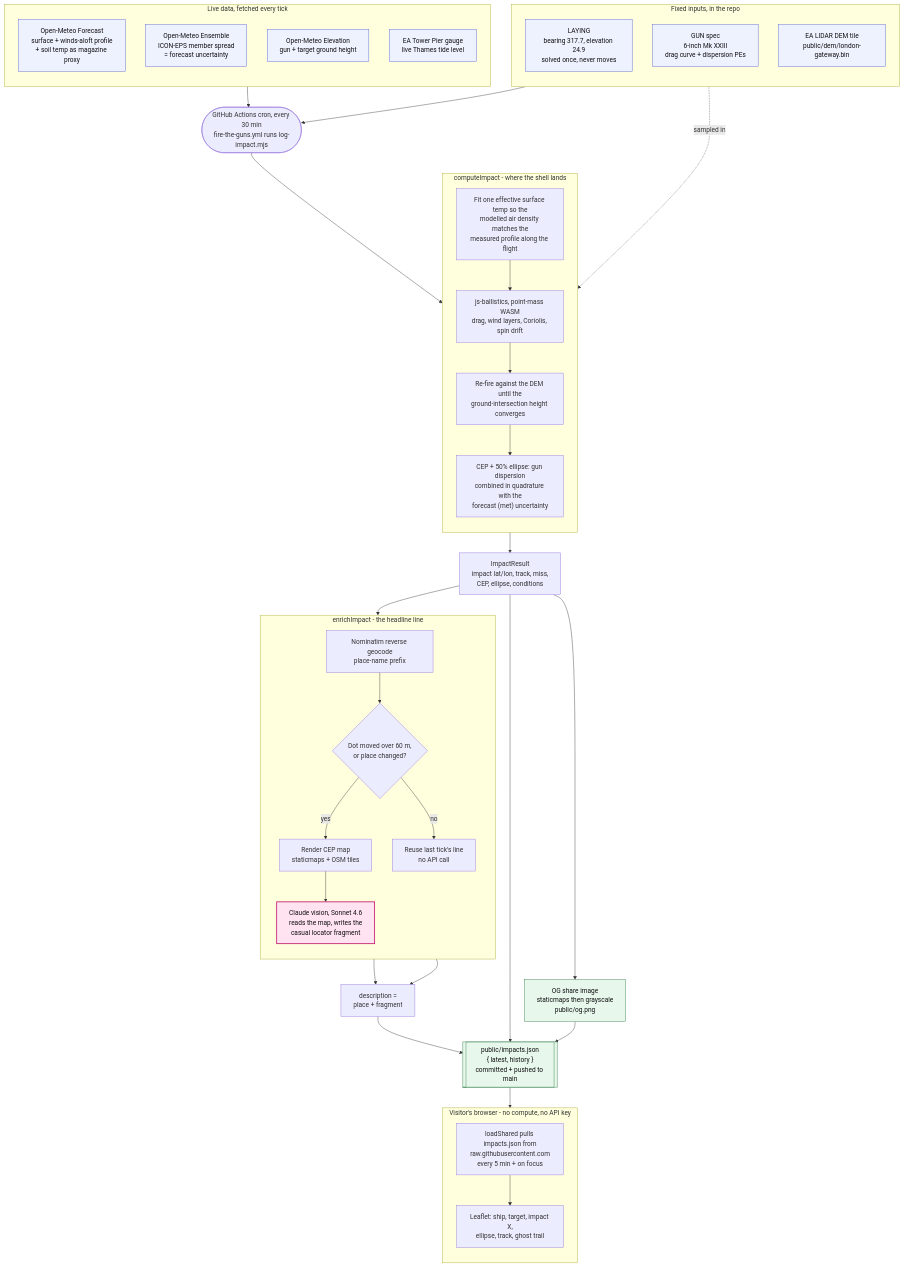
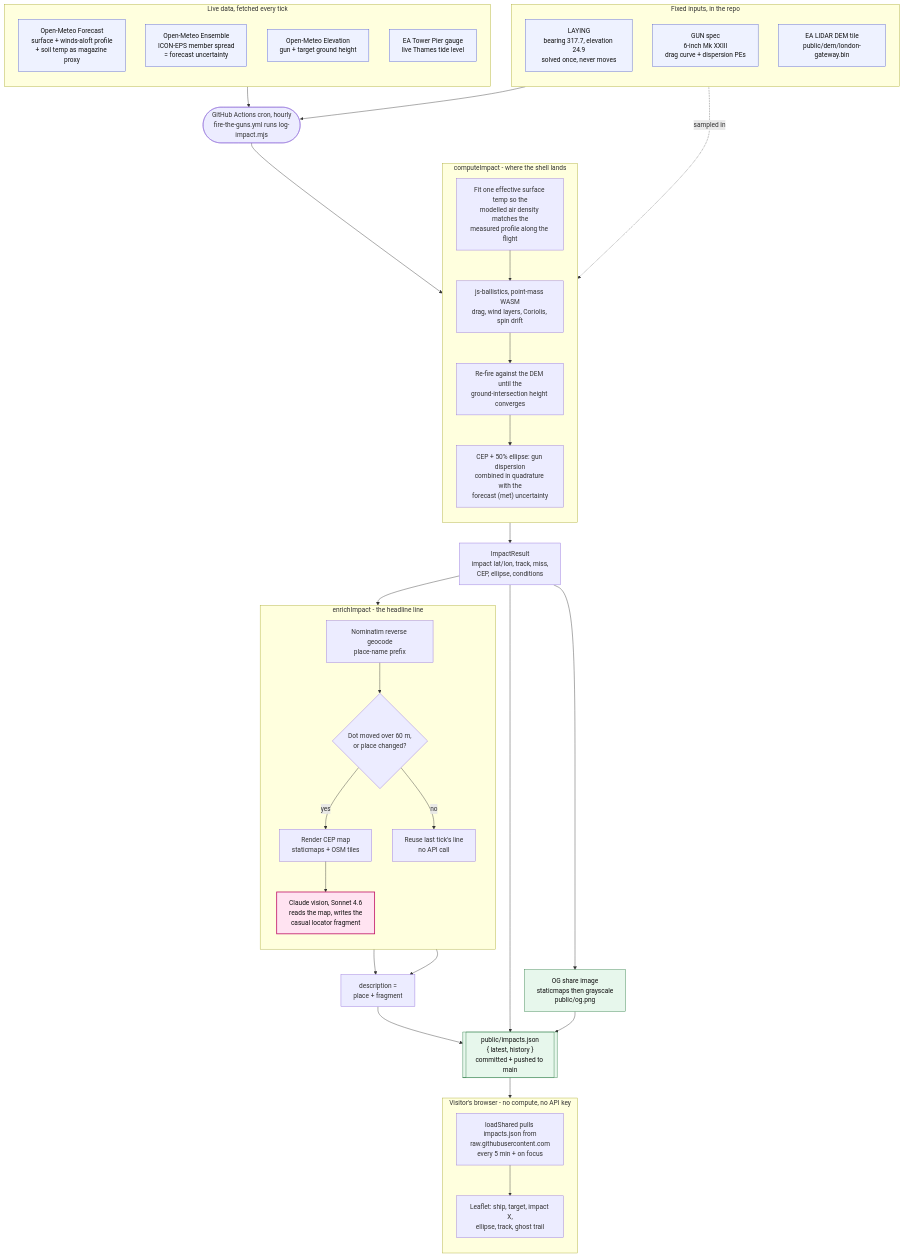
The second of 2 diagrams in README.md (SilentKinfolk/where-would-hms-belfast-hit), drawn with Mermaid before and after one commit. The commit also changed other lines of this file and 7 other files, not shown here.

````diff
--- a/README.md
+++ b/README.md
@@ -62,70 +62,70 @@
 ```mermaid
 flowchart TD
     subgraph SRC["Live data, fetched every tick"]
         direction TB
         WX["Open-Meteo Forecast<br/>surface + winds-aloft profile<br/>+ soil temp as magazine proxy"]
         ENS["Open-Meteo Ensemble<br/>ICON-EPS member spread<br/>= forecast uncertainty"]
         ELV["Open-Meteo Elevation<br/>gun + target ground height"]
         TIDE["EA Tower Pier gauge<br/>live Thames tide level"]
     end
 
     subgraph FIXED["Fixed inputs, in the repo"]
         direction TB
         LAY["LAYING<br/>bearing 317.7, elevation 24.9<br/>solved once, never moves"]
         GUNC["GUN spec<br/>6-inch Mk XXIII<br/>drag curve + dispersion PEs"]
         DEMT["EA LIDAR DEM tile<br/>public/dem/london-gateway.bin"]
     end
 
-    CRON(["GitHub Actions cron, every 30 min<br/>fire-the-guns.yml runs log-impact.mjs"])
+    CRON(["GitHub Actions cron, hourly<br/>fire-the-guns.yml runs log-impact.mjs"])
     SRC --> CRON
     FIXED --> CRON
 
     subgraph COMPUTE["computeImpact - where the shell lands"]
         direction TB
         FIT["Fit one effective surface temp so the<br/>modelled air density matches the<br/>measured profile along the flight"]
         ENGINE["js-ballistics, point-mass WASM<br/>drag, wind layers, Coriolis, spin drift"]
         LOOP["Re-fire against the DEM until the<br/>ground-intersection height converges"]
         DISP["CEP + 50% ellipse: gun dispersion<br/>combined in quadrature with the<br/>forecast (met) uncertainty"]
         FIT --> ENGINE --> LOOP --> DISP
     end
     CRON --> FIT
     DEMT -.->|sampled in| LOOP
 
     DISP --> RESULT["ImpactResult<br/>impact lat/lon, track, miss,<br/>CEP, ellipse, conditions"]
 
     subgraph ENRICH["enrichImpact - the headline line"]
         direction TB
         NOM["Nominatim reverse geocode<br/>place-name prefix"]
         GATE{"Dot moved over 60 m,<br/>or place changed?"}
         RENDER["Render CEP map<br/>staticmaps + OSM tiles"]
         CLAUDE["Claude vision, Sonnet 4.6<br/>reads the map, writes the<br/>casual locator fragment"]
         REUSE["Reuse last tick's line<br/>no API call"]
         NOM --> GATE
         GATE -->|yes| RENDER --> CLAUDE
         GATE -->|no| REUSE
     end
     RESULT --> NOM
     CLAUDE --> LINE["description =<br/>place + fragment"]
     REUSE --> LINE
 
     RESULT --> OG["OG share image<br/>staticmaps then grayscale<br/>public/og.png"]
 
     LINE --> IMPACTS[["public/impacts.json<br/>{ latest, history }<br/>committed + pushed to main"]]
     RESULT --> IMPACTS
     OG --> IMPACTS
 
     subgraph BROWSER["Visitor's browser - no compute, no API key"]
         direction TB
         FETCH["loadShared pulls impacts.json from<br/>raw.githubusercontent.com<br/>every 5 min + on focus"]
         DRAW["Leaflet: ship, target, impact X,<br/>ellipse, track, ghost trail"]
         FETCH --> DRAW
     end
     IMPACTS --> FETCH
 
     classDef src fill:#eef2ff,stroke:#4f5bd5,color:#111;
     classDef ai fill:#ffe3f1,stroke:#c2186a,stroke-width:2px,color:#111;
     classDef out fill:#e7f7ec,stroke:#2e7d46,color:#111;
     class WX,ENS,ELV,TIDE,LAY,GUNC,DEMT src;
     class CLAUDE ai;
     class IMPACTS,OG out;
 ```
````
